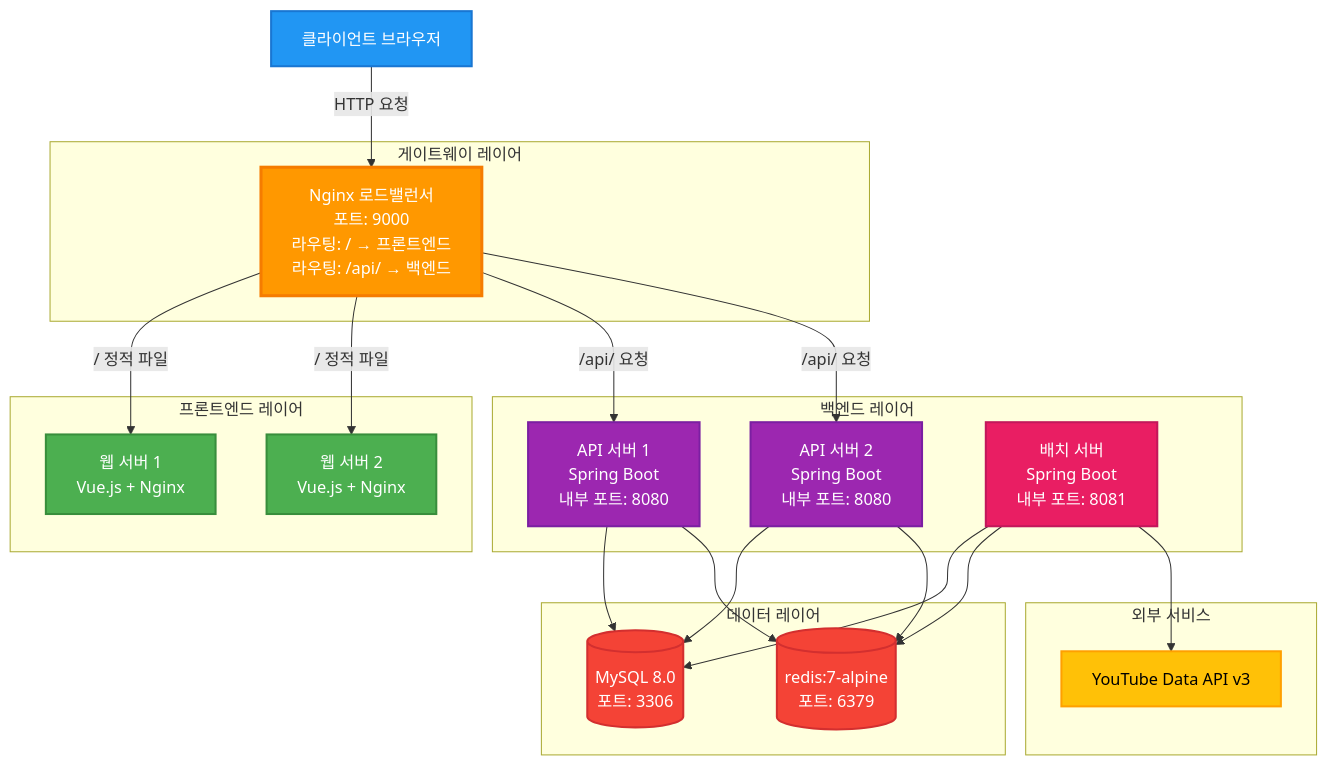
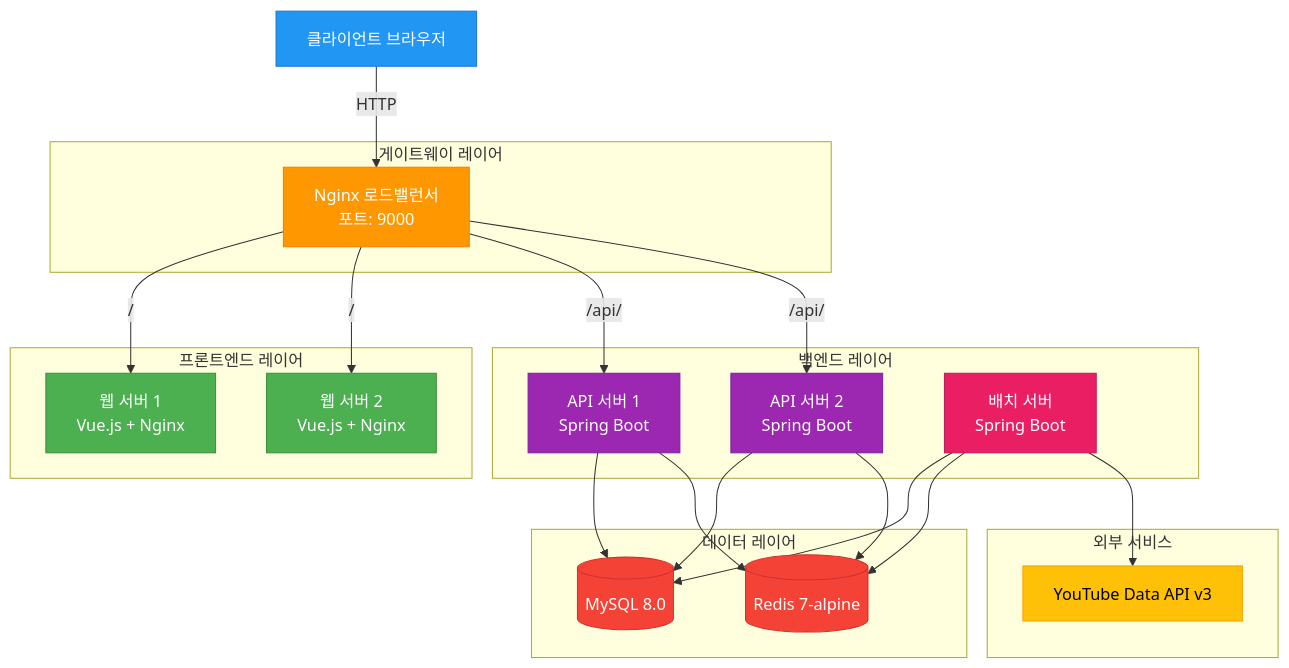
One commit to dakcoh/tubeten changed the first of 2 diagrams in README.md. Above: the diagram before and after it, drawn with Mermaid. The commit also changed other lines of this file, not shown here.

````diff
--- a/README.md
+++ b/README.md
@@ -70,54 +68,45 @@
 ```mermaid
 flowchart TB
     Client[클라이언트 브라우저]
     
     subgraph Gateway["게이트웨이 레이어"]
-        LB["Nginx 로드밸런서<br/>포트: 9000<br/>라우팅: / → 프론트엔드<br/>라우팅: /api/ → 백엔드"]
+        LB["Nginx 로드밸런서<br/>포트: 9000"]
     end
     
     subgraph Frontend["프론트엔드 레이어"]
         Web1[웹 서버 1<br/>Vue.js + Nginx]
         Web2[웹 서버 2<br/>Vue.js + Nginx]
     end
     
     subgraph Backend["백엔드 레이어"]
-        API1[API 서버 1<br/>Spring Boot<br/>내부 포트: 8080]
-        API2[API 서버 2<br/>Spring Boot<br/>내부 포트: 8080]
-        Batch[배치 서버<br/>Spring Boot<br/>내부 포트: 8081]
+        API1[API 서버 1<br/>Spring Boot]
+        API2[API 서버 2<br/>Spring Boot]
+        Batch[배치 서버<br/>Spring Boot]
     end
     
     subgraph Data["데이터 레이어"]
-        MySQL[(MySQL 8.0<br/>포트: 3306)]
-        Redis[(redis:7-alpine<br/>포트: 6379)]
+        MySQL[(MySQL 8.0)]
+        Redis[(Redis 7-alpine)]
     end
     
     subgraph External["외부 서비스"]
         YouTube[YouTube Data API v3]
     end
     
-    Client -->|HTTP 요청| LB
-    LB -->|/ 정적 파일| Web1
-    LB -->|/ 정적 파일| Web2
-    LB -->|/api/ 요청| API1
-    LB -->|/api/ 요청| API2
+    Client -->|HTTP| LB
+    LB -->|/| Web1 & Web2
+    LB -->|/api/| API1 & API2
+    API1 & API2 --> MySQL & Redis
+    Batch --> MySQL & Redis & YouTube
     
-    API1 --> MySQL
-    API1 --> Redis
-    API2 --> MySQL
-    API2 --> Redis
-    
-    Batch --> MySQL
-    Batch --> Redis
-    Batch --> YouTube
-    
-    style Client fill:#2196F3,stroke:#1976D2,stroke-width:2px,color:#fff
-    style LB fill:#FF9800,stroke:#F57C00,stroke-width:3px,color:#fff
-    style Web1 fill:#4CAF50,stroke:#388E3C,stroke-width:2px,color:#fff
-    style Web2 fill:#4CAF50,stroke:#388E3C,stroke-width:2px,color:#fff
-    style API1 fill:#9C27B0,stroke:#7B1FA2,stroke-width:2px,color:#fff
-    style API2 fill:#9C27B0,stroke:#7B1FA2,stroke-width:2px,color:#fff
-    style Batch fill:#E91E63,stroke:#C2185B,stroke-width:2px,color:#fff
-    style MySQL fill:#F44336,stroke:#D32F2F,stroke-width:2px,color:#fff
-    style Redis fill:#F44336,stroke:#D32F2F,stroke-width:2px,color:#fff
-    style YouTube fill:#FFC107,stroke:#FFA000,stroke-width:2px,color:#000
+    style Client fill:#2196F3,stroke:#1976D2,color:#fff
+    style LB fill:#FF9800,stroke:#F57C00,color:#fff
+    style Web1 fill:#4CAF50,stroke:#388E3C,color:#fff
+    style Web2 fill:#4CAF50,stroke:#388E3C,color:#fff
+    style API1 fill:#9C27B0,stroke:#7B1FA2,color:#fff
+    style API2 fill:#9C27B0,stroke:#7B1FA2,color:#fff
+    style Batch fill:#E91E63,stroke:#C2185B,color:#fff
+    style MySQL fill:#F44336,stroke:#D32F2F,color:#fff
+    style Redis fill:#F44336,stroke:#D32F2F,color:#fff
+    style YouTube fill:#FFC107,stroke:#FFA000,color:#000
 ```
````
